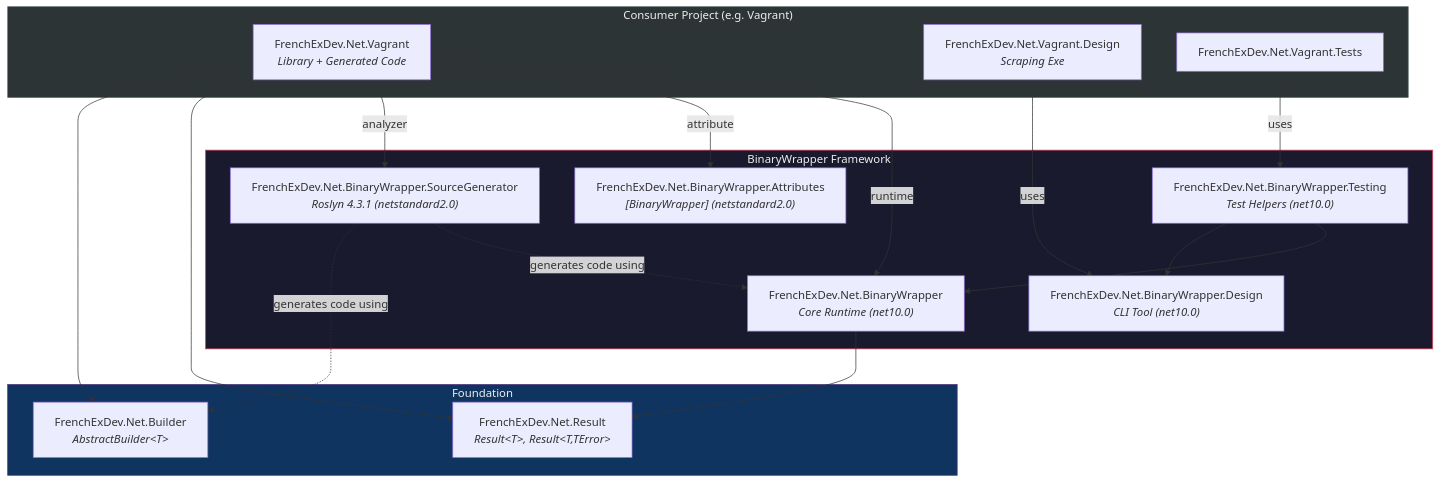
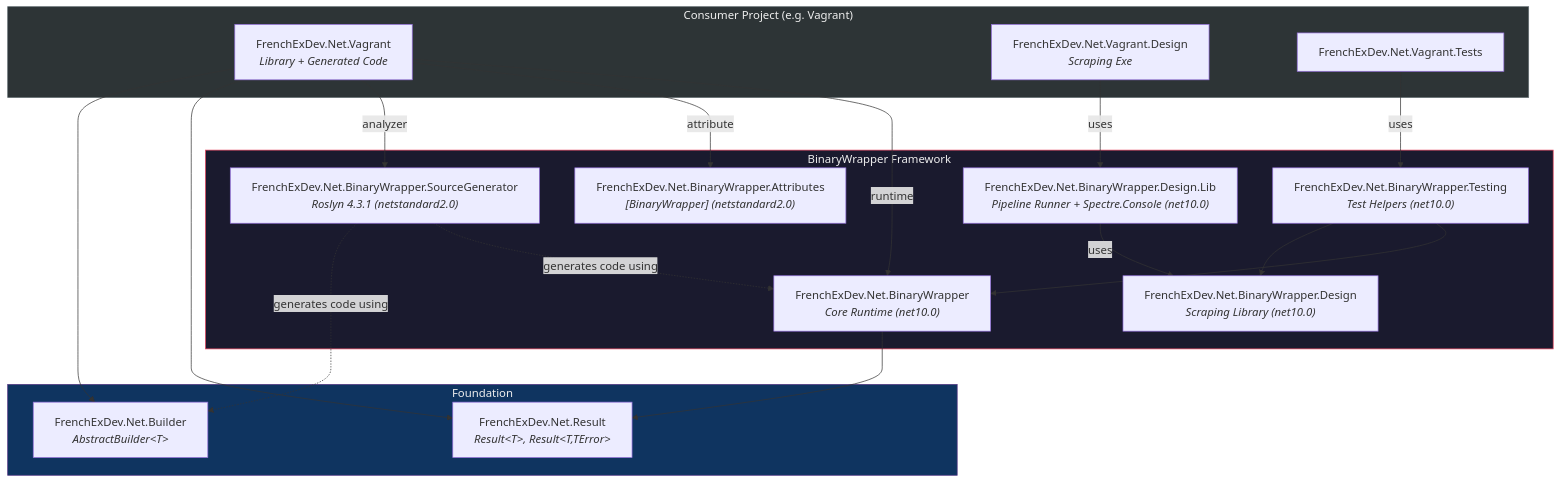
The second of 14 diagrams in Net/FrenchExDev/BinaryWrapper/doc/ARCHITECTURE.md (FrenchExDev/FrenchExDev), drawn with Mermaid before and after one commit. The commit also changed other lines of this file and 29723 other files, not shown here.

````diff
--- a/Net/FrenchExDev/BinaryWrapper/doc/ARCHITECTURE.md
+++ b/Net/FrenchExDev/BinaryWrapper/doc/ARCHITECTURE.md
@@ -89,39 +89,41 @@
 ```mermaid
-graph TD
+flowchart TD
     subgraph Consumer["Consumer Project (e.g. Vagrant)"]
-        LIB["FrenchExDev.Net.Vagrant<br/><i>Library + Generated Code</i>"]
-        DESIGN["FrenchExDev.Net.Vagrant.Design<br/><i>Scraping Exe</i>"]
+        LIB["FrenchExDev.Net.Vagrant<br><i>Library + Generated Code</i>"]
+        DESIGN["FrenchExDev.Net.Vagrant.Design<br><i>Scraping Exe</i>"]
         TESTS["FrenchExDev.Net.Vagrant.Tests"]
     end
 
     subgraph Framework["BinaryWrapper Framework"]
-        CORE["FrenchExDev.Net.BinaryWrapper<br/><i>Core Runtime (net10.0)</i>"]
-        ATTR["FrenchExDev.Net.BinaryWrapper.Attributes<br/><i>[BinaryWrapper] (netstandard2.0)</i>"]
-        SG["FrenchExDev.Net.BinaryWrapper.SourceGenerator<br/><i>Roslyn 4.3.1 (netstandard2.0)</i>"]
-        DES["FrenchExDev.Net.BinaryWrapper.Design<br/><i>CLI Tool (net10.0)</i>"]
-        TEST["FrenchExDev.Net.BinaryWrapper.Testing<br/><i>Test Helpers (net10.0)</i>"]
+        CORE["FrenchExDev.Net.BinaryWrapper<br><i>Core Runtime (net10.0)</i>"]
+        ATTR["FrenchExDev.Net.BinaryWrapper.Attributes<br><i>[BinaryWrapper] (netstandard2.0)</i>"]
+        SG["FrenchExDev.Net.BinaryWrapper.SourceGenerator<br><i>Roslyn 4.3.1 (netstandard2.0)</i>"]
+        DES["FrenchExDev.Net.BinaryWrapper.Design<br><i>Scraping Library (net10.0)</i>"]
+        DESLIB["FrenchExDev.Net.BinaryWrapper.Design.Lib<br><i>Pipeline Runner + Spectre.Console (net10.0)</i>"]
+        TEST["FrenchExDev.Net.BinaryWrapper.Testing<br><i>Test Helpers (net10.0)</i>"]
     end
 
     subgraph Foundation["Foundation"]
-        RES["FrenchExDev.Net.Result<br/><i>Result&lt;T&gt;, Result&lt;T,TError&gt;</i>"]
-        BLD["FrenchExDev.Net.Builder<br/><i>AbstractBuilder&lt;T&gt;</i>"]
+        RES["FrenchExDev.Net.Result<br><i>Result#lt;T#gt;, Result#lt;T,TError#gt;</i>"]
+        BLD["FrenchExDev.Net.Builder<br><i>AbstractBuilder#lt;T#gt;</i>"]
     end
 
     LIB -->|"runtime"| CORE
     LIB -->|"attribute"| ATTR
     LIB -->|"analyzer"| SG
     LIB --> RES
     LIB --> BLD
-    DESIGN -->|"uses"| DES
+    DESIGN -->|"uses"| DESLIB
+    DESLIB -->|"uses"| DES
     TESTS -->|"uses"| TEST
 
     CORE --> RES
     SG -.->|"generates code using"| CORE
     SG -.->|"generates code using"| BLD
     TEST --> CORE
     TEST --> DES
 
     style Consumer fill:#2d3436,stroke:#636e72,color:#eee
     style Framework fill:#1a1a2e,stroke:#e94560,color:#eee
     style Foundation fill:#0f3460,stroke:#533483,color:#eee
 ```
````
